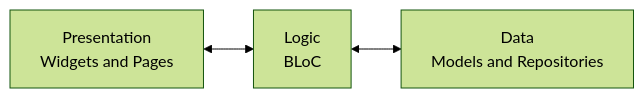
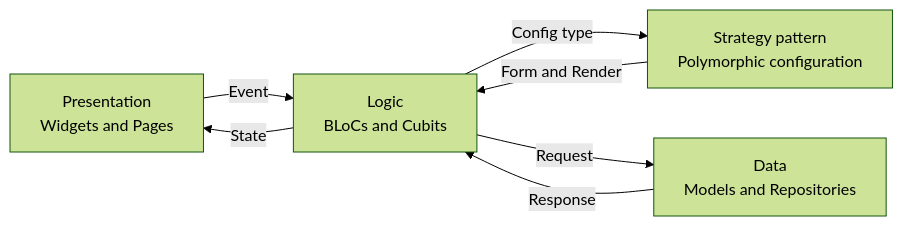
One commit to aleax888/led_panel changed the diagram in README.md. Above: the diagram before and after it, drawn with Mermaid (forest theme). The commit also changed other lines of this file and 17 other files, not shown here.

````diff
--- a/README.md
+++ b/README.md
@@ -135,5 +199,10 @@
 ```mermaid
 flowchart LR
-    UI["Presentation <br> Widgets and Pages"] <--> B[Logic <br> BLoC]
-    B <--> R[Data <br> Models and Repositories]
+    UI["Presentation<br/>Widgets and Pages"]
+    UI -->|"Event"| B["Logic<br/>BLoCs and Cubits"]
+    B -->|"Config type"| S["Strategy pattern<br/>Polymorphic configuration"]
+    S -->|"Form and Render"| B
+    B -->|"State"| UI
+    B -->|"Request"| D["Data<br/>Models and Repositories"]
+    D -->|"Response"| B
 ```
````
